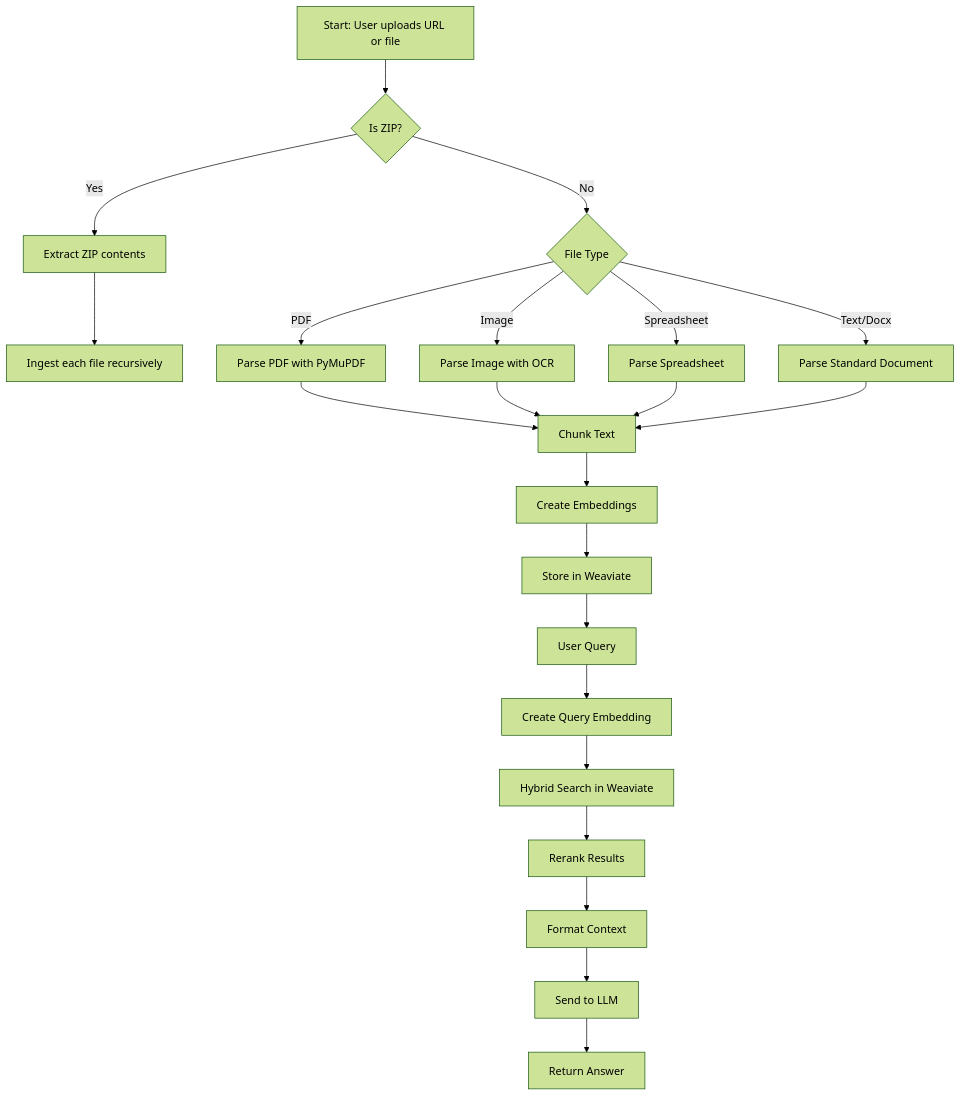
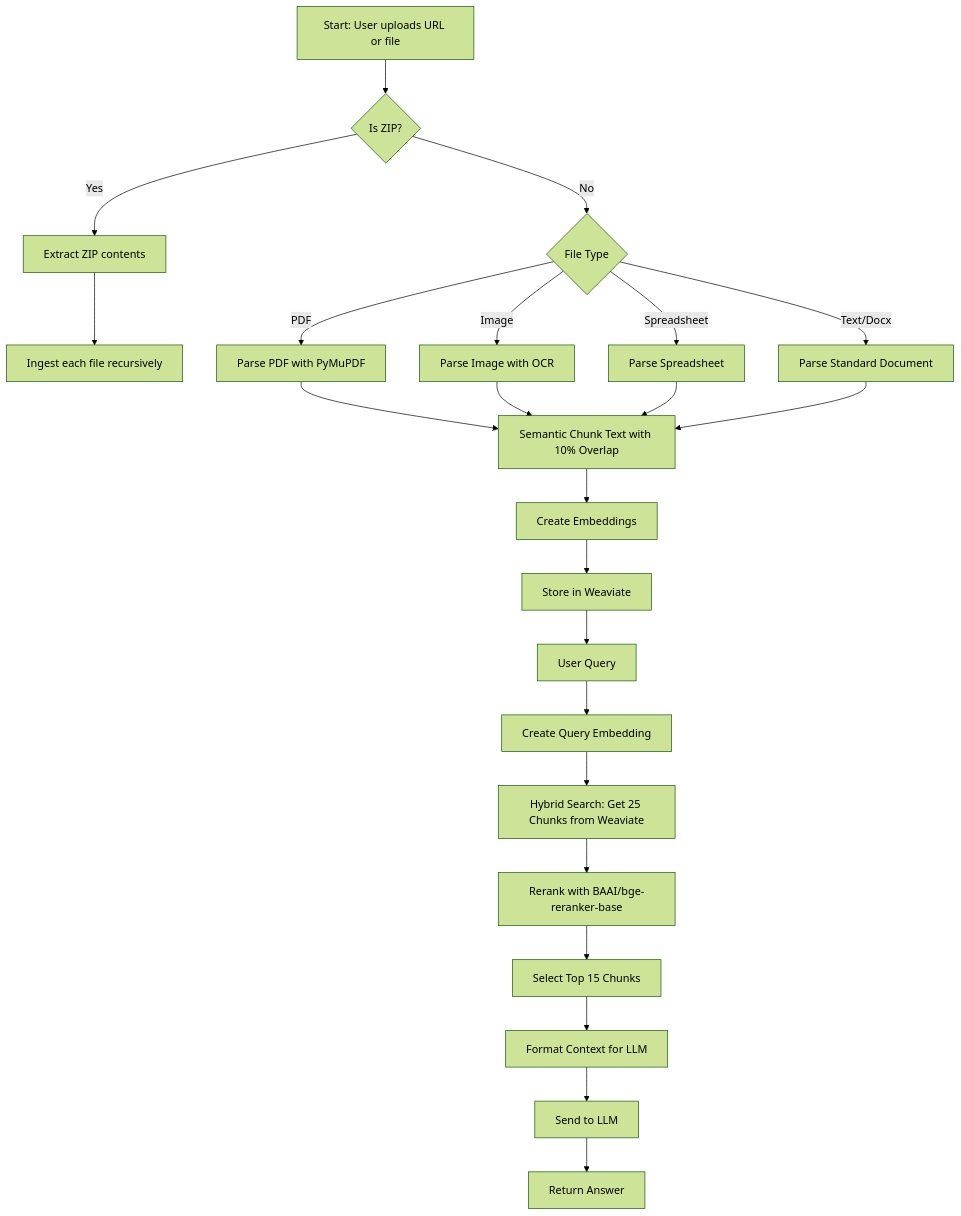
The diagram in README.md (nex7-7/distro-hackrx-repo), drawn with Mermaid (forest theme) before and after one commit. The commit also changed other lines of this file and 2 other files, not shown here.

Commit message:
Feature :- Implement reranking with BAAI/bge-reranker-base model
Updated the retrieval pipeline to fetch 25 chunks from Weaviate and rerank them using the BAAI/bge-reranker-base model, selecting the top 15 for LLM context. Adjusted configuration, improved README documentation, and added a comprehensive test script for document ingestion and reranking.

````diff
--- a/README.md
+++ b/README.md
@@ -75,21 +78,22 @@
 ```mermaid
 flowchart TD
     A[Start: User uploads URL or file] --> B{Is ZIP?}
     B -- Yes --> C[Extract ZIP contents]
     C --> D[Ingest each file recursively]
     B -- No --> E{File Type}
     E -- PDF --> F[Parse PDF with PyMuPDF]
     E -- Image --> G[Parse Image with OCR]
     E -- Spreadsheet --> H[Parse Spreadsheet]
     E -- Text/Docx --> I[Parse Standard Document]
-    F & G & H & I --> J[Chunk Text]
+    F & G & H & I --> J[Semantic Chunk Text with 10% Overlap]
     J --> K[Create Embeddings]
     K --> L[Store in Weaviate]
     L --> M[User Query]
     M --> N[Create Query Embedding]
-    N --> O[Hybrid Search in Weaviate]
-    O --> P[Rerank Results]
-    P --> Q[Format Context]
-    Q --> R[Send to LLM]
-    R --> S[Return Answer]
+    N --> O[Hybrid Search: Get 25 Chunks from Weaviate]
+    O --> P[Rerank with BAAI/bge-reranker-base]
+    P --> Q[Select Top 15 Chunks]
+    Q --> R[Format Context for LLM]
+    R --> S[Send to LLM]
+    S --> T[Return Answer]
 ```
````
